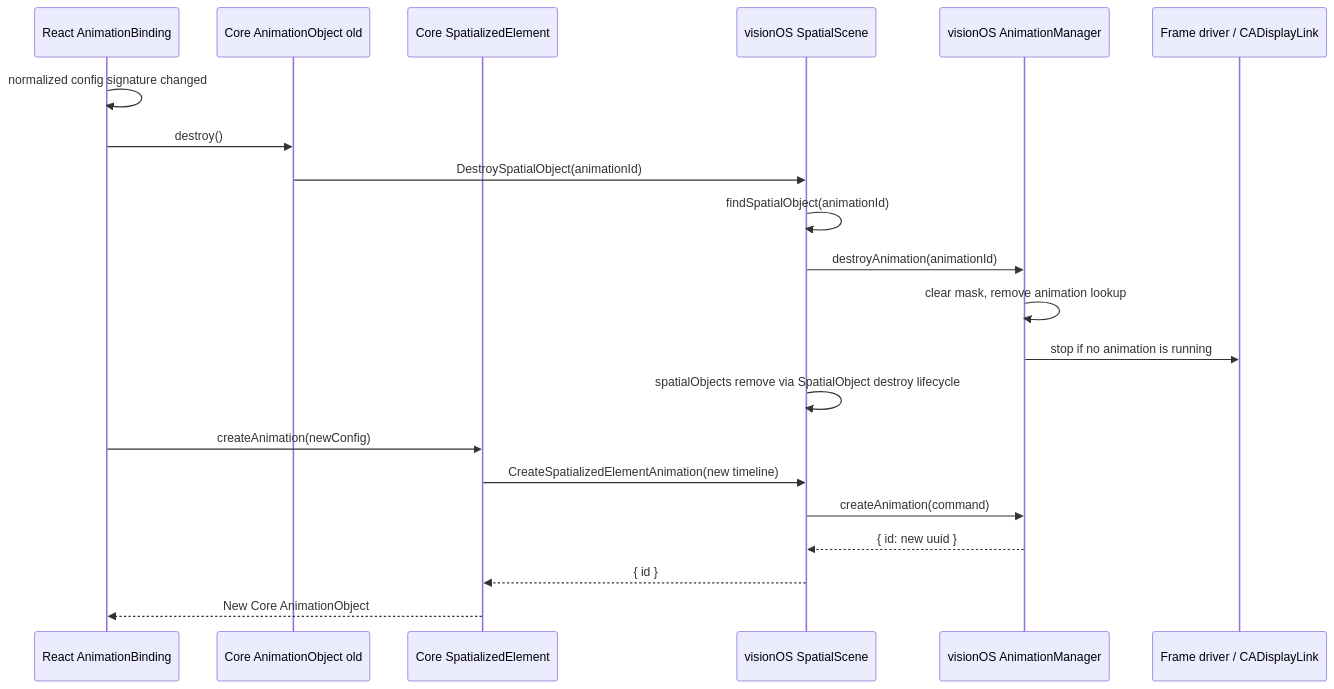
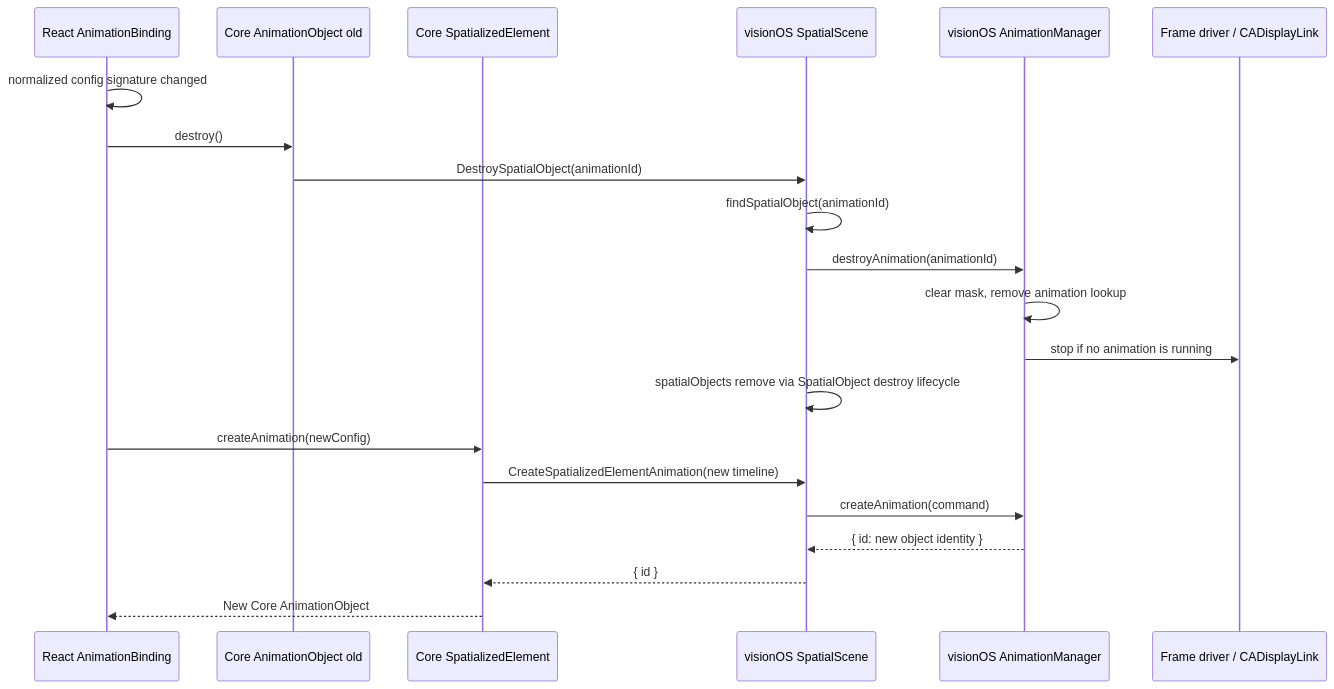
Before and after one commit to webspatial/webspatial-sdk: the sixth of 6 diagrams in openspec/changes/spatialized-element-motion-api/design.zh.md, drawn with Mermaid. The commit also changed other lines of this file and 9 other files, not shown here.

Commit message:
refactor: remove AnimationObject uuid public API

````diff
--- a/openspec/changes/spatialized-element-motion-api/design.zh.md
+++ b/openspec/changes/spatialized-element-motion-api/design.zh.md
@@ -441,25 +441,25 @@
 ```mermaid
 sequenceDiagram
   participant React as React AnimationBinding
   participant OldObj as Core AnimationObject old
   participant Element as Core SpatializedElement
   participant Scene as visionOS SpatialScene
   participant Manager as visionOS AnimationManager
   participant Driver as Frame driver / CADisplayLink
 
   React->>React: normalized config signature changed
   React->>OldObj: destroy()
   OldObj->>Scene: DestroySpatialObject(animationId)
   Scene->>Scene: findSpatialObject(animationId)
   Scene->>Manager: destroyAnimation(animationId)
   Manager->>Manager: clear mask, remove animation lookup
   Manager->>Driver: stop if no animation is running
   Scene->>Scene: spatialObjects remove via SpatialObject destroy lifecycle
 
   React->>Element: createAnimation(newConfig)
   Element->>Scene: CreateSpatializedElementAnimation(new timeline)
   Scene->>Manager: createAnimation(command)
-  Manager-->>Scene: { id: new uuid }
+  Manager-->>Scene: { id: new object identity }
   Scene-->>Element: { id }
   Element-->>React: New Core AnimationObject
 ```
````
